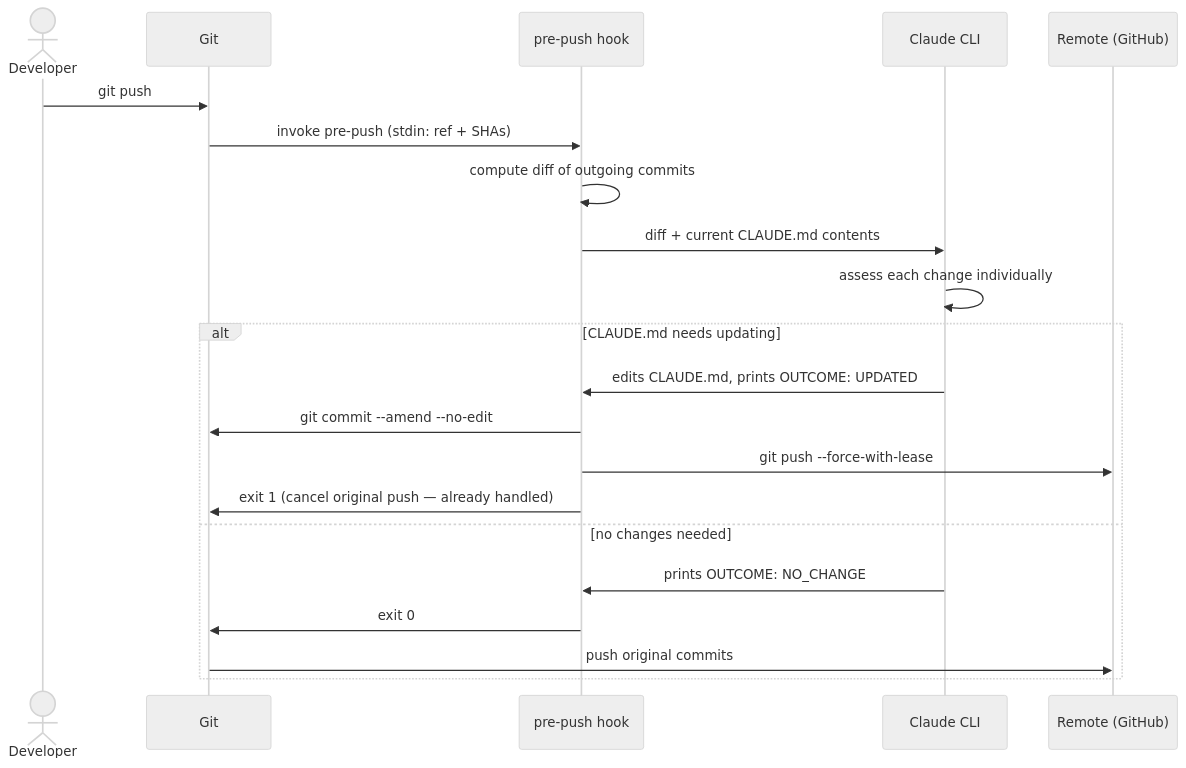
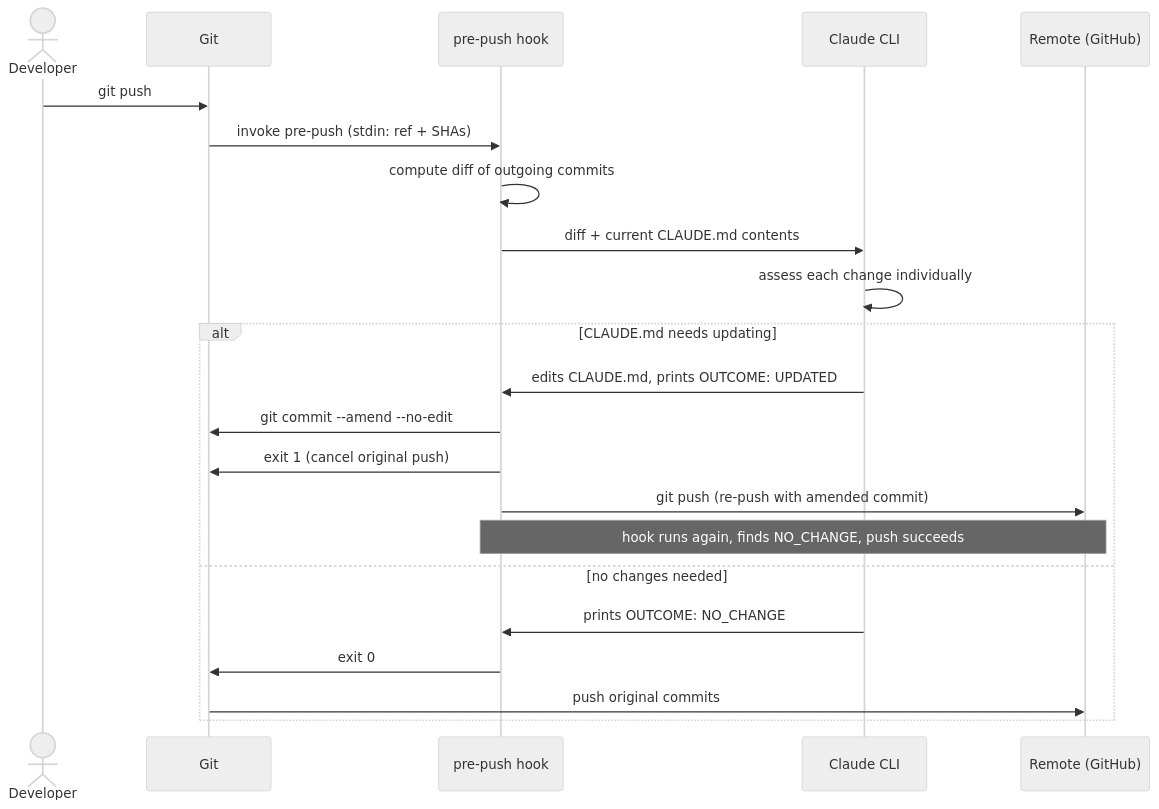
Before and after one commit to edwarddamato/claude-git-hooks: the diagram in README.md, drawn with Mermaid (neutral theme). The commit also changed other lines of this file and 2 other files, not shown here.

Commit message:
fix: use normal push instead of force-push after amending
pre-push fires before anything is transmitted, so after cancelling
the original push and amending, a normal git push is sufficient.
The hook re-runs on the second push, finds no changes, and exits 0.

````diff
--- a/README.md
+++ b/README.md
@@ -45,25 +45,26 @@
 ```mermaid
 sequenceDiagram
     actor Dev as Developer
     participant Git as Git
     participant Hook as pre-push hook
     participant Claude as Claude CLI
     participant Remote as Remote (GitHub)
 
     Dev->>Git: git push
     Git->>Hook: invoke pre-push (stdin: ref + SHAs)
     Hook->>Hook: compute diff of outgoing commits
     Hook->>Claude: diff + current CLAUDE.md contents
     Claude->>Claude: assess each change individually
 
     alt CLAUDE.md needs updating
         Claude->>Hook: edits CLAUDE.md, prints OUTCOME: UPDATED
         Hook->>Git: git commit --amend --no-edit
-        Hook->>Remote: git push --force-with-lease
-        Hook->>Git: exit 1 (cancel original push — already handled)
+        Hook->>Git: exit 1 (cancel original push)
+        Hook->>Remote: git push (re-push with amended commit)
+        Note over Hook,Remote: hook runs again, finds NO_CHANGE, push succeeds
     else no changes needed
         Claude->>Hook: prints OUTCOME: NO_CHANGE
         Hook->>Git: exit 0
         Git->>Remote: push original commits
     end
 ```
````
